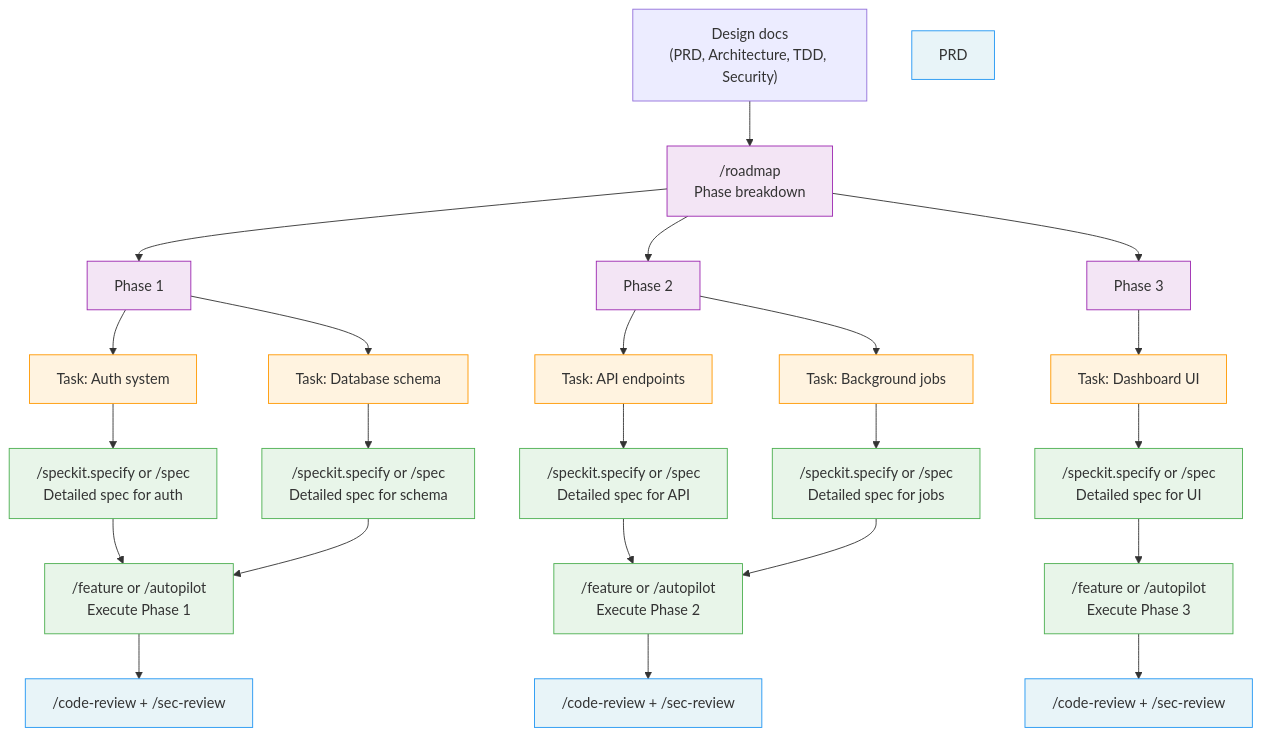
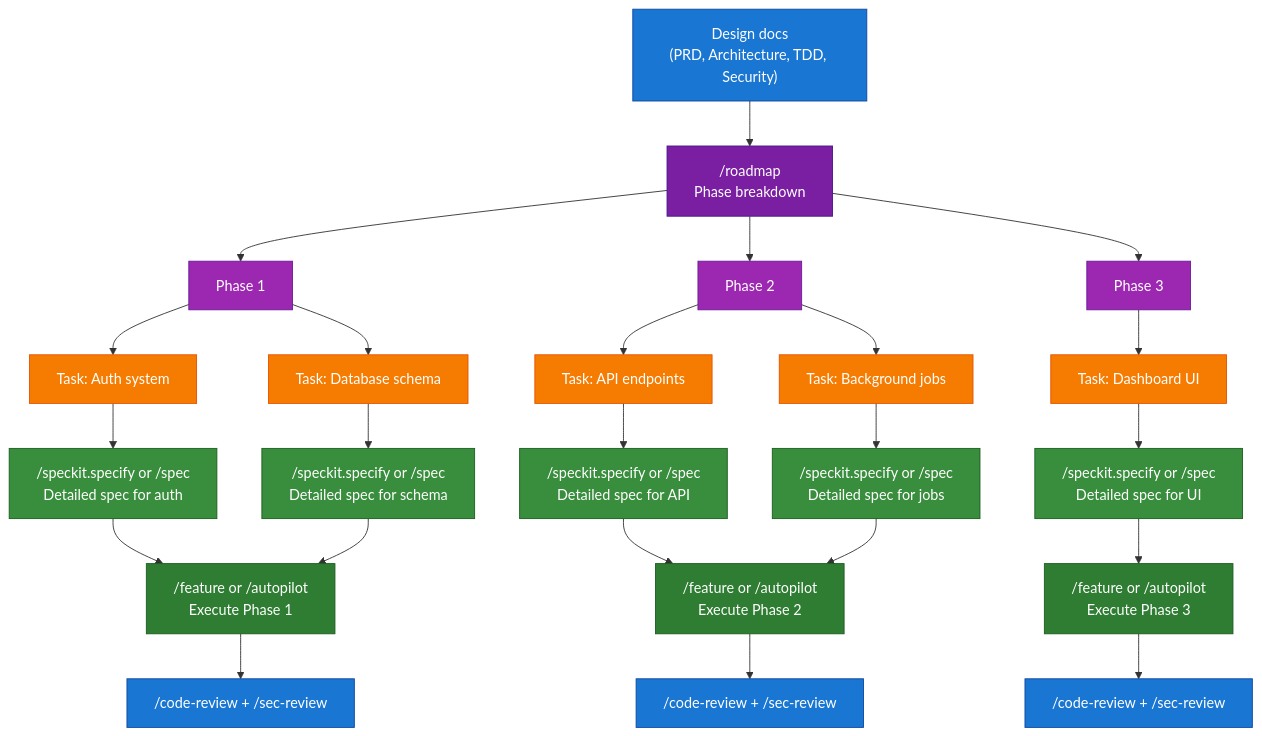
Before and after one commit to 0xrafasec/ai-workflow: the fourth of 5 diagrams in docs/speckit-integration.md, drawn with Mermaid.

Commit message:
fix: improve Mermaid diagram visibility on dark themes
The "Roadmap → Specify Per Feature" diagram had pastel node fills with
default dark text, making labels invisible in dark mode. Switch to
saturated fills with explicit white text. Also remove orphan PRD style
rule that created a stray disconnected node.

````diff
--- a/docs/speckit-integration.md
+++ b/docs/speckit-integration.md
@@ -270,54 +270,54 @@
 ```mermaid
 flowchart TD
     DOCS["Design docs<br/>(PRD, Architecture, TDD, Security)"] --> ROAD["/roadmap<br/>Phase breakdown"]
 
     ROAD --> P1["Phase 1"]
     ROAD --> P2["Phase 2"]
     ROAD --> P3["Phase 3"]
 
     P1 --> T1A["Task: Auth system"]
     P1 --> T1B["Task: Database schema"]
 
     P2 --> T2A["Task: API endpoints"]
     P2 --> T2B["Task: Background jobs"]
 
     P3 --> T3A["Task: Dashboard UI"]
 
     T1A --> S1A["/speckit.specify or /spec<br/>Detailed spec for auth"]
     T1B --> S1B["/speckit.specify or /spec<br/>Detailed spec for schema"]
     T2A --> S2A["/speckit.specify or /spec<br/>Detailed spec for API"]
     T2B --> S2B["/speckit.specify or /spec<br/>Detailed spec for jobs"]
     T3A --> S3A["/speckit.specify or /spec<br/>Detailed spec for UI"]
 
     S1A --> E1["/feature or /autopilot<br/>Execute Phase 1"]
     S1B --> E1
     S2A --> E2["/feature or /autopilot<br/>Execute Phase 2"]
     S2B --> E2
     S3A --> E3["/feature or /autopilot<br/>Execute Phase 3"]
 
     E1 --> R1["/code-review + /sec-review"]
     E2 --> R2["/code-review + /sec-review"]
     E3 --> R3["/code-review + /sec-review"]
 
-    style PRD fill:#e8f4f8,stroke:#2196F3
-    style ROAD fill:#f3e5f5,stroke:#9C27B0
-    style P1 fill:#f3e5f5,stroke:#9C27B0
-    style P2 fill:#f3e5f5,stroke:#9C27B0
-    style P3 fill:#f3e5f5,stroke:#9C27B0
-    style T1A fill:#fff3e0,stroke:#FF9800
-    style T1B fill:#fff3e0,stroke:#FF9800
-    style T2A fill:#fff3e0,stroke:#FF9800
-    style T2B fill:#fff3e0,stroke:#FF9800
-    style T3A fill:#fff3e0,stroke:#FF9800
-    style S1A fill:#e8f5e9,stroke:#4CAF50
-    style S1B fill:#e8f5e9,stroke:#4CAF50
-    style S2A fill:#e8f5e9,stroke:#4CAF50
-    style S2B fill:#e8f5e9,stroke:#4CAF50
-    style S3A fill:#e8f5e9,stroke:#4CAF50
-    style E1 fill:#e8f5e9,stroke:#4CAF50
-    style E2 fill:#e8f5e9,stroke:#4CAF50
-    style E3 fill:#e8f5e9,stroke:#4CAF50
-    style R1 fill:#e8f4f8,stroke:#2196F3
-    style R2 fill:#e8f4f8,stroke:#2196F3
-    style R3 fill:#e8f4f8,stroke:#2196F3
+    style DOCS fill:#1976D2,stroke:#0D47A1,color:#fff
+    style ROAD fill:#7B1FA2,stroke:#4A148C,color:#fff
+    style P1 fill:#9C27B0,stroke:#6A1B9A,color:#fff
+    style P2 fill:#9C27B0,stroke:#6A1B9A,color:#fff
+    style P3 fill:#9C27B0,stroke:#6A1B9A,color:#fff
+    style T1A fill:#F57C00,stroke:#E65100,color:#fff
+    style T1B fill:#F57C00,stroke:#E65100,color:#fff
+    style T2A fill:#F57C00,stroke:#E65100,color:#fff
+    style T2B fill:#F57C00,stroke:#E65100,color:#fff
+    style T3A fill:#F57C00,stroke:#E65100,color:#fff
+    style S1A fill:#388E3C,stroke:#1B5E20,color:#fff
+    style S1B fill:#388E3C,stroke:#1B5E20,color:#fff
+    style S2A fill:#388E3C,stroke:#1B5E20,color:#fff
+    style S2B fill:#388E3C,stroke:#1B5E20,color:#fff
+    style S3A fill:#388E3C,stroke:#1B5E20,color:#fff
+    style E1 fill:#2E7D32,stroke:#1B5E20,color:#fff
+    style E2 fill:#2E7D32,stroke:#1B5E20,color:#fff
+    style E3 fill:#2E7D32,stroke:#1B5E20,color:#fff
+    style R1 fill:#1976D2,stroke:#0D47A1,color:#fff
+    style R2 fill:#1976D2,stroke:#0D47A1,color:#fff
+    style R3 fill:#1976D2,stroke:#0D47A1,color:#fff
 ```
````
